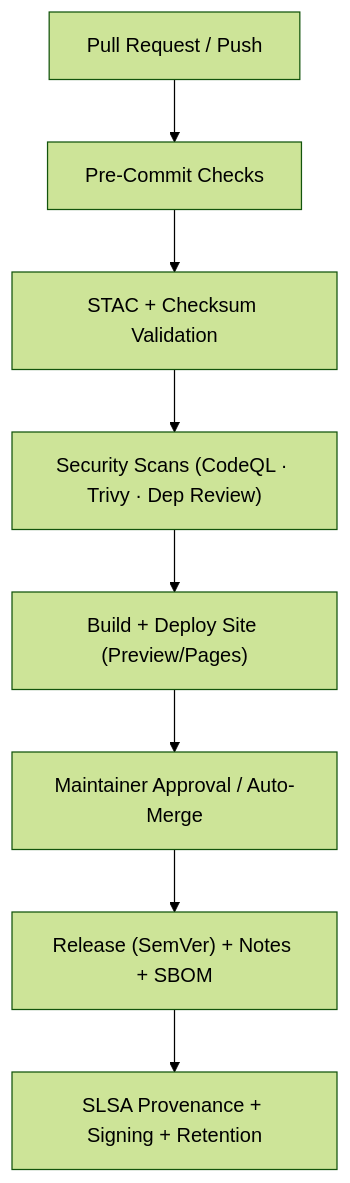
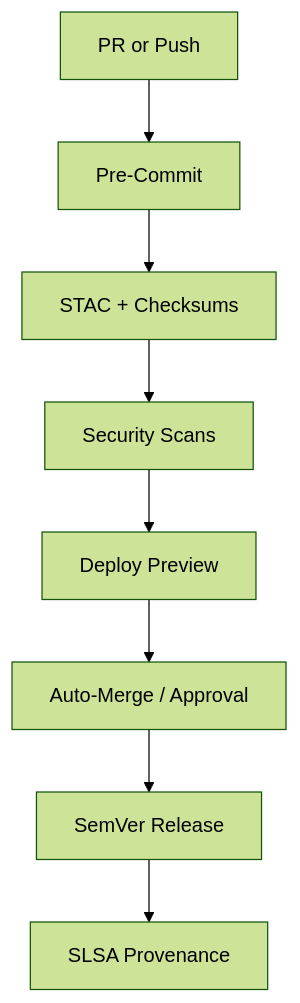
Before and after one commit to bartytime4life/Kansas-Frontier-Matrix: the diagram in .github/workflows/README.md, drawn with Mermaid (forest theme). The commit also changed other lines of this file, not shown here.

````diff
--- a/.github/workflows/README.md
+++ b/.github/workflows/README.md
@@ -86,10 +83,10 @@
 ```mermaid
 flowchart TD
-  A["Pull Request / Push"] --> B["Pre-Commit Checks"]
-  B --> C["STAC + Checksum Validation"]
-  C --> D["Security Scans (CodeQL · Trivy · Dep Review)"]
-  D --> E["Build + Deploy Site (Preview/Pages)"]
-  E --> F["Maintainer Approval / Auto-Merge"]
-  F --> G["Release (SemVer) + Notes + SBOM"]
-  G --> H["SLSA Provenance + Signing + Retention"]
+  A["PR or Push"] --> B["Pre-Commit"]
+  B --> C["STAC + Checksums"]
+  C --> D["Security Scans"]
+  D --> E["Deploy Preview"]
+  E --> F["Auto-Merge / Approval"]
+  F --> G["SemVer Release"]
+  G --> H["SLSA Provenance"]
 ```
````
